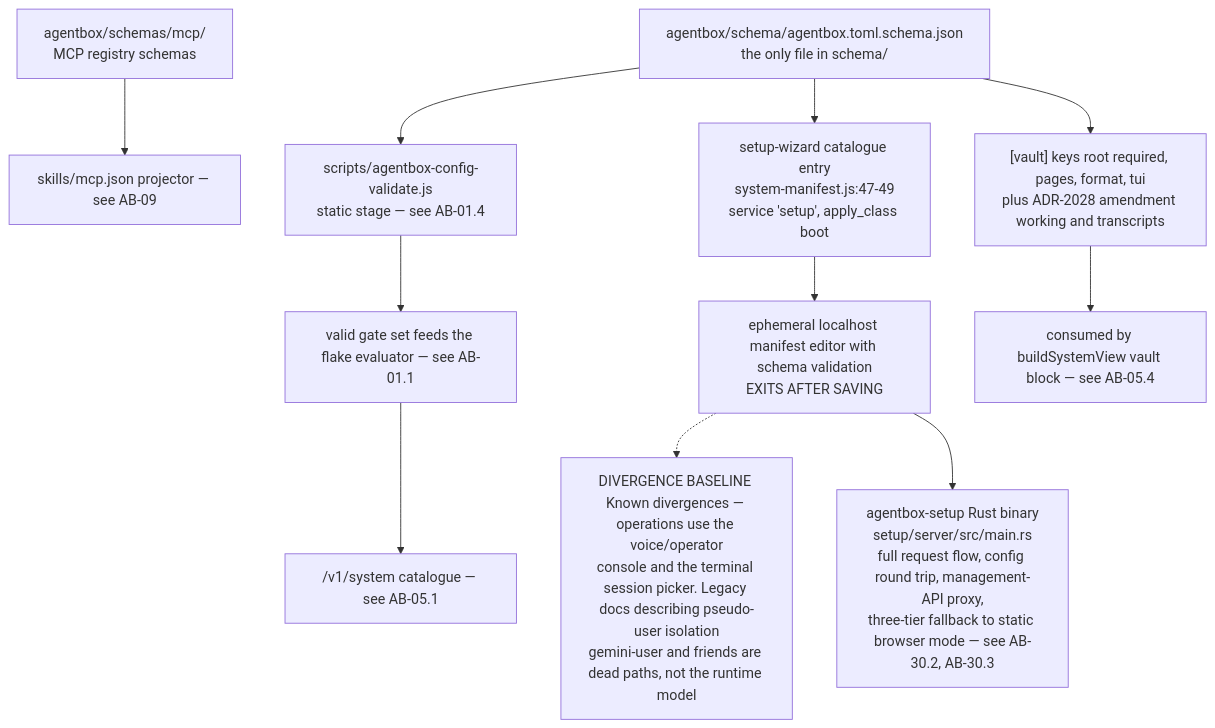
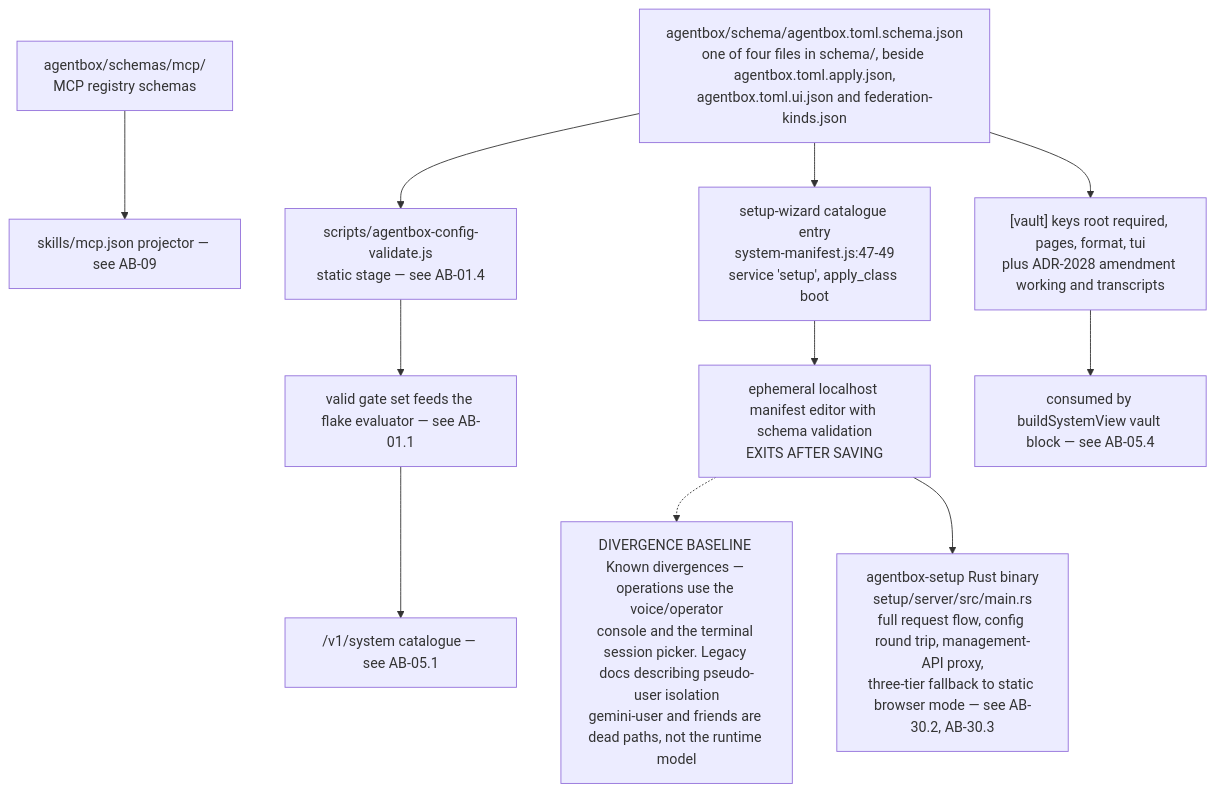
One commit to DreamLab-AI/VisionFlow changed the tenth of 16 diagrams in docs/diagrams/agentbox/05-manifest-gates-and-cli.md. Above: the diagram before and after it, drawn with Mermaid. The commit also changed other lines of this file and 173 other files, not shown here.

````diff
--- a/docs/diagrams/agentbox/05-manifest-gates-and-cli.md
+++ b/docs/diagrams/agentbox/05-manifest-gates-and-cli.md
@@ -342,13 +344,13 @@
 ```mermaid
 flowchart TD
-    S1["agentbox/schema/agentbox.toml.schema.json<br/>the only file in schema/"] --> V["scripts/agentbox-config-validate.js<br/>static stage — see AB-01.4"]
+    S1["agentbox/schema/agentbox.toml.schema.json<br/>one of four files in schema/, beside agentbox.toml.apply.json,<br/>agentbox.toml.ui.json and federation-kinds.json"] --> V["scripts/agentbox-config-validate.js<br/>static stage — see AB-01.4"]
     S2["agentbox/schemas/mcp/<br/>MCP registry schemas"] --> P["skills/mcp.json projector — see AB-09"]
     V --> GATE["valid gate set feeds the flake evaluator — see AB-01.1"]
     S1 --> SW["setup-wizard catalogue entry<br/>system-manifest.js:47-49<br/>service 'setup', apply_class boot"]
     SW --> SWB["ephemeral localhost manifest editor with schema validation<br/>EXITS AFTER SAVING"]
     SWB -.-> DIV["DIVERGENCE BASELINE Known divergences — operations use the voice/operator<br/>console and the terminal session picker. Legacy docs describing pseudo-user isolation<br/>gemini-user and friends are dead paths, not the runtime model"]
     SWB --> BIN["agentbox-setup Rust binary<br/>setup/server/src/main.rs<br/>full request flow, config round trip, management-API proxy,<br/>three-tier fallback to static browser mode — see AB-30.2, AB-30.3"]
     S1 --> VS["[vault] keys root required, pages, format, tui<br/>plus ADR-2028 amendment working and transcripts"]
     VS --> AB4["consumed by buildSystemView vault block — see AB-05.4"]
     GATE --> MAN["/v1/system catalogue — see AB-05.1"]
 ```
````
